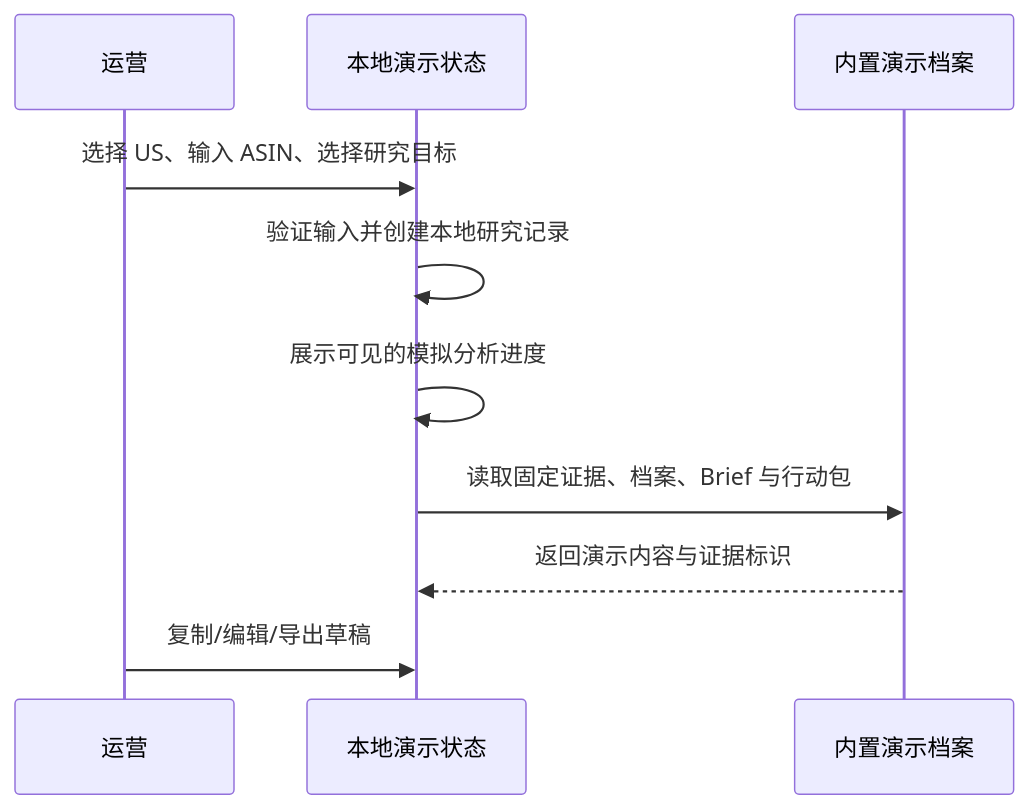
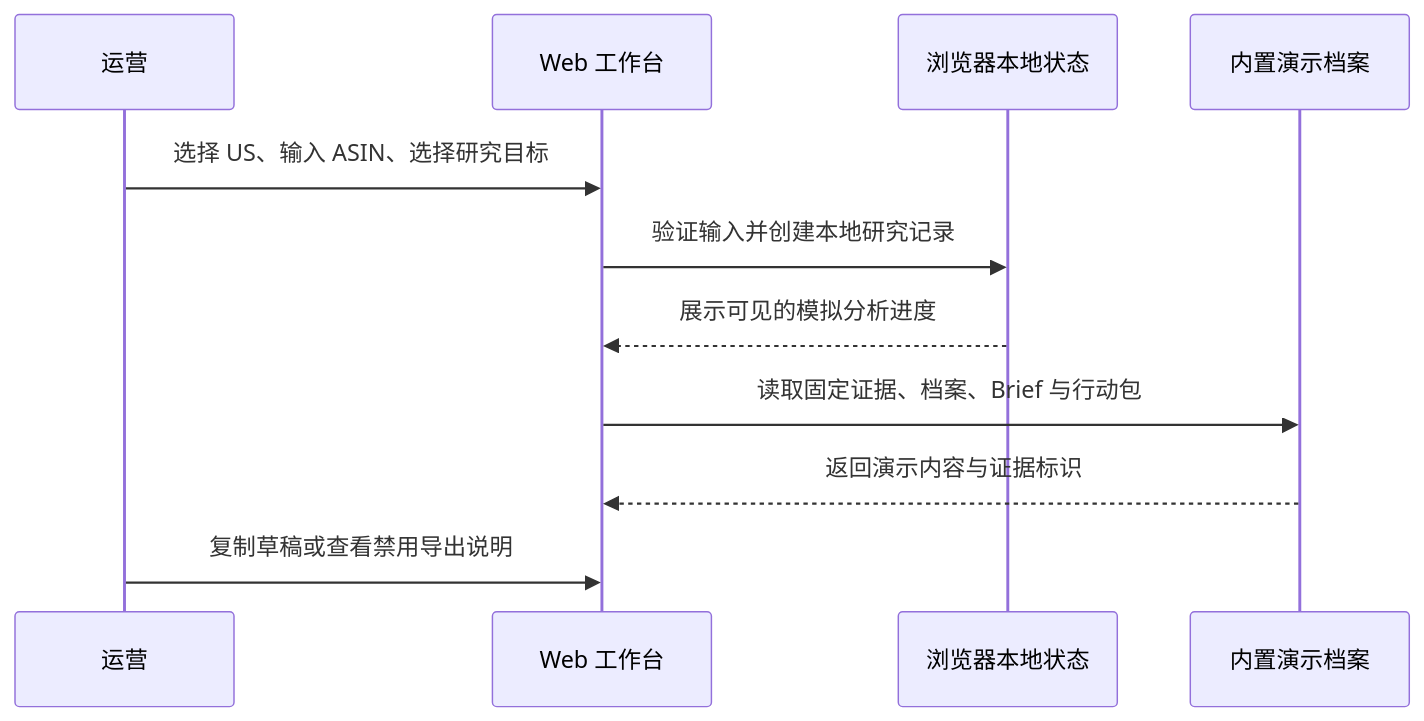
The diagram in docs/features/001-amazon-asin-workbench/spec.md (Jesia-Wu/northstar-amazon-ops-demo), drawn with Mermaid before and after one commit. The commit also changed other lines of this file and 25 other files, not shown here.

````diff
--- a/docs/features/001-amazon-asin-workbench/spec.md
+++ b/docs/features/001-amazon-asin-workbench/spec.md
@@ -50,14 +50,14 @@
 ```mermaid
 sequenceDiagram
     participant O as 运营
     participant W as Web 工作台
-    participant W as 本地演示状态
+    participant B as 浏览器本地状态
     participant D as 内置演示档案
 
     O->>W: 选择 US、输入 ASIN、选择研究目标
-    W->>W: 验证输入并创建本地研究记录
-    W->>W: 展示可见的模拟分析进度
+    W->>B: 验证输入并创建本地研究记录
+    B-->>W: 展示可见的模拟分析进度
     W->>D: 读取固定证据、档案、Brief 与行动包
     D-->>W: 返回演示内容与证据标识
-    O->>W: 复制/编辑/导出草稿
+    O->>W: 复制草稿或查看禁用导出说明
 ```
````
